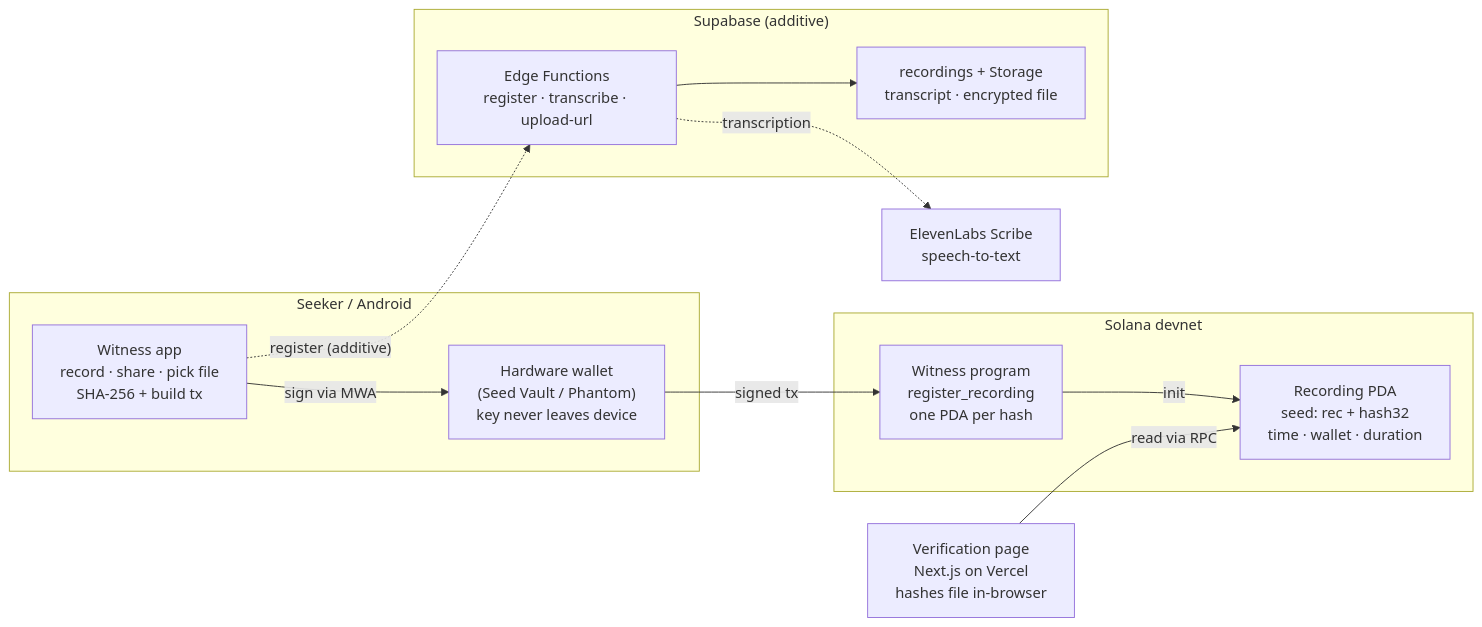
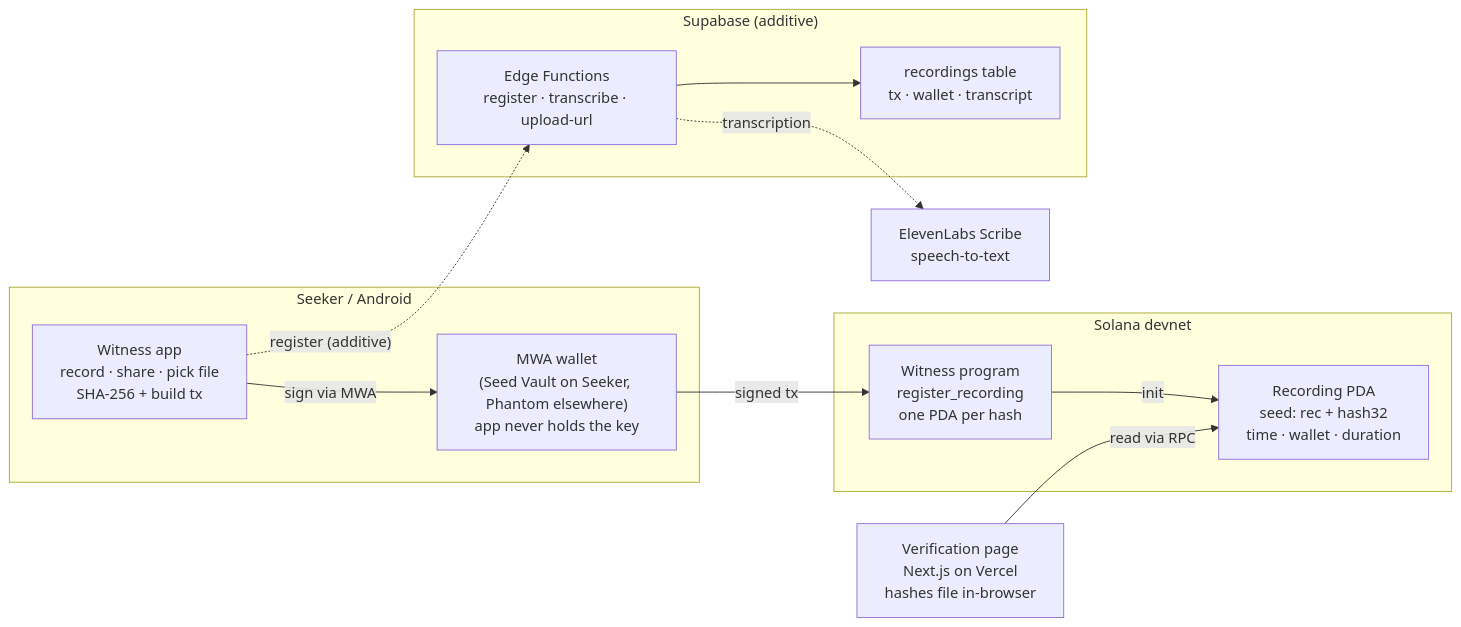
Before and after one commit to GTU-Blockchain/witness_dev3pack2026: the diagram in README.md, drawn with Mermaid. The commit also changed other lines of this file and 3 other files, not shown here.

````diff
--- a/README.md
+++ b/README.md
@@ -47,25 +47,25 @@
 ```mermaid
 flowchart LR
   subgraph Phone["Seeker / Android"]
     APP["Witness app<br/>record · share · pick file<br/>SHA-256 + build tx"]
-    SV["Hardware wallet<br/>(Seed Vault / Phantom)<br/>key never leaves device"]
+    SV["MWA wallet<br/>(Seed Vault on Seeker, Phantom elsewhere)<br/>app never holds the key"]
   end
   subgraph Chain["Solana devnet"]
     PROG["Witness program<br/>register_recording<br/>one PDA per hash"]
     PDA["Recording PDA<br/>seed: rec + hash32<br/>time · wallet · duration"]
   end
   WEB["Verification page<br/>Next.js on Vercel<br/>hashes file in-browser"]
   subgraph Backend["Supabase (additive)"]
     EF["Edge Functions<br/>register · transcribe · upload-url"]
-    DB["recordings + Storage<br/>transcript · encrypted file"]
+    DB["recordings table<br/>tx · wallet · transcript"]
   end
   EL["ElevenLabs Scribe<br/>speech-to-text"]
 
   APP -- "sign via MWA" --> SV
   SV -- "signed tx" --> PROG
   PROG -- init --> PDA
   WEB -- "read via RPC" --> PDA
   APP -. "register (additive)" .-> EF
   EF --> DB
   EF -. transcription .-> EL
 ```
````
